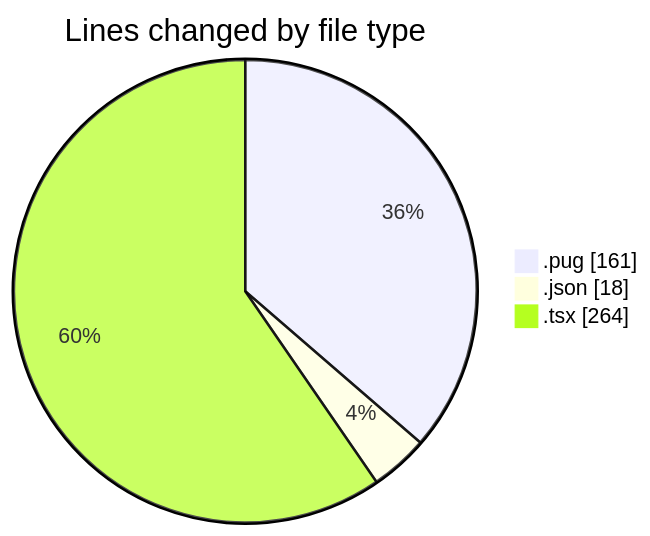
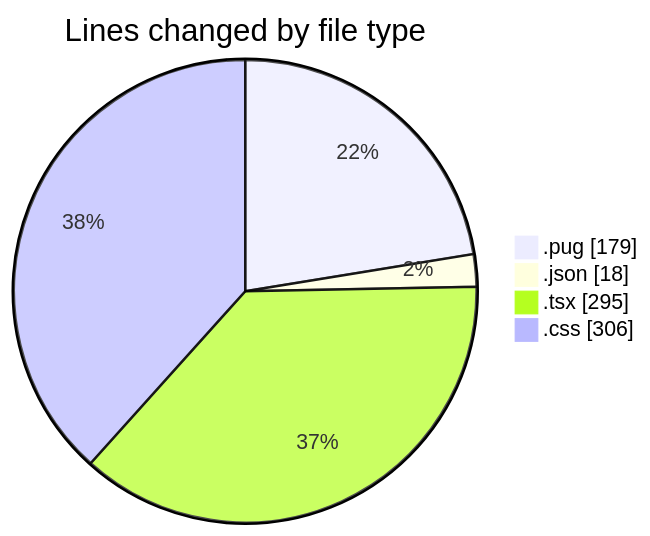
The first of 2 diagrams in 2025-11-04/cda/README.md (momahboobian/code-tracking), drawn with Mermaid before and after one commit. The commit also changed other lines of this file and 1 other file, not shown here.

````diff
--- a/2025-11-04/cda/README.md
+++ b/2025-11-04/cda/README.md
@@ -22,7 +23,8 @@
 ```mermaid
 pie showData
 title Lines changed by file type
-".pug" : 161
+".pug" : 179
 ".json" : 18
-".tsx" : 264
+".tsx" : 295
+".css" : 306
 ```
````
